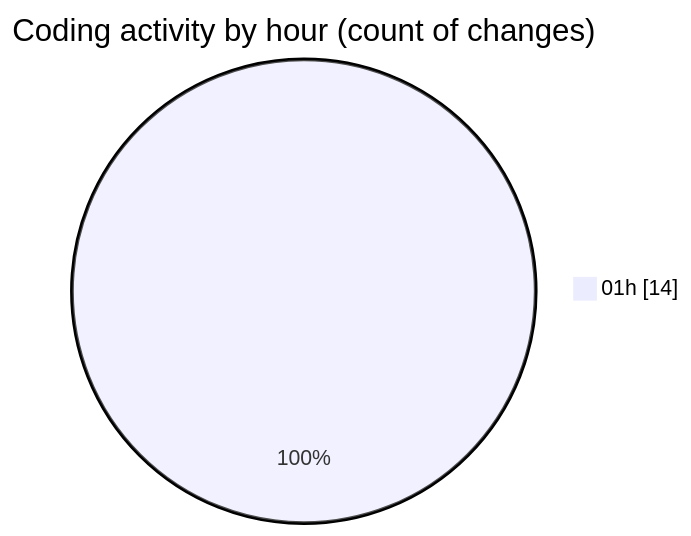
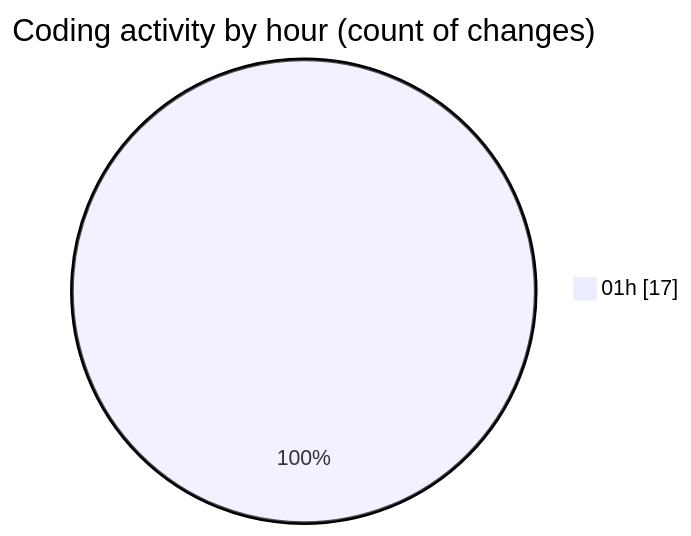
The second of 2 diagrams in 2025-03-19/sharpmasm/README.md (charlie-sans/code-tracking), drawn with Mermaid before and after one commit. The commit also changed other lines of this file and 1 other file, not shown here.

````diff
--- a/2025-03-19/sharpmasm/README.md
+++ b/2025-03-19/sharpmasm/README.md
@@ -31,5 +33,5 @@
 ```mermaid
 pie showData
 title Coding activity by hour (count of changes)
-"01h" : 14
+"01h" : 17
 ```
````
